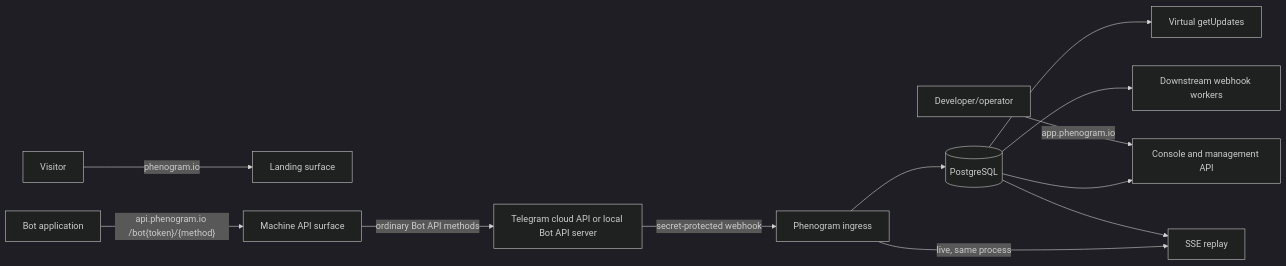
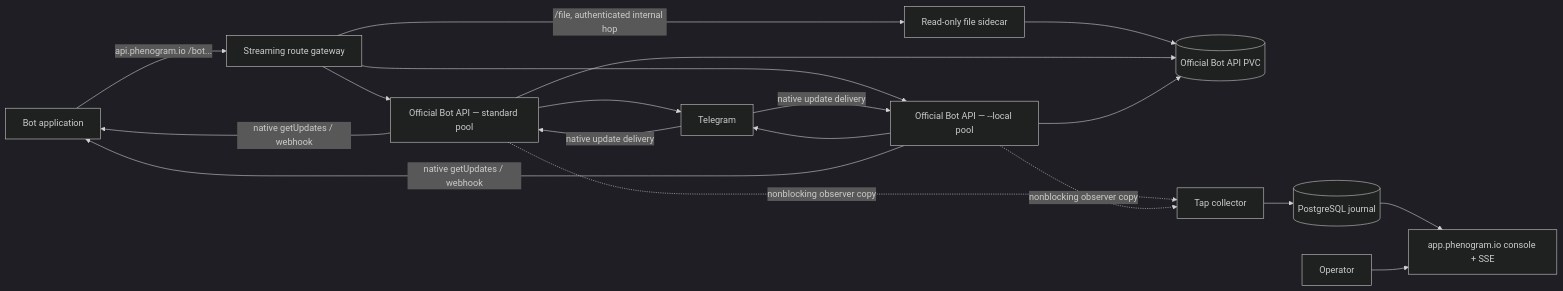
One commit to phenogram/platform changed the diagram in README.md. Above: the diagram before and after it, drawn with Mermaid (dark theme). The commit also changed other lines of this file and 159 other files, not shown here.

Commit message:
Ship official Telegram data plane MVP

````diff
--- a/README.md
+++ b/README.md
@@ -24,14 +20,23 @@
 ```mermaid
 flowchart LR
-    L["Visitor"] -->|"phenogram.io"| M["Landing surface"]
-    O["Developer/operator"] -->|"app.phenogram.io"| V["Console and management API"]
-    D["Bot application"] -->|"api.phenogram.io /bot{token}/{method}"| P["Machine API surface"]
-    P -->|"ordinary Bot API methods"| T["Telegram cloud API or local Bot API server"]
-    T -->|"secret-protected webhook"| I["Phenogram ingress"]
-    I --> DB[("PostgreSQL")]
-    DB --> G["Virtual getUpdates"]
-    DB --> W["Downstream webhook workers"]
-    DB --> V
-    DB --> S["SSE replay"]
-    I -->|"live, same process"| S
+    DEV["Bot application"] -->|"api.phenogram.io /bot..."| GW["Streaming route gateway"]
+    GW --> STD["Official Bot API — standard pool"]
+    GW --> LOCAL["Official Bot API — --local pool"]
+    STD --> TG["Telegram"]
+    LOCAL --> TG
+    TG -->|"native update delivery"| STD
+    TG -->|"native update delivery"| LOCAL
+    STD -->|"native getUpdates / webhook"| DEV
+    LOCAL -->|"native getUpdates / webhook"| DEV
+
+    GW -->|"/file, authenticated internal hop"| FS["Read-only file sidecar"]
+    FS --> PVC[("Official Bot API PVC")]
+    STD --> PVC
+    LOCAL --> PVC
+
+    STD -. "nonblocking observer copy" .-> TAP["Tap collector"]
+    LOCAL -. "nonblocking observer copy" .-> TAP
+    TAP --> DB[("PostgreSQL journal")]
+    DB --> UI["app.phenogram.io console + SSE"]
+    OP["Operator"] --> UI
 ```
````
